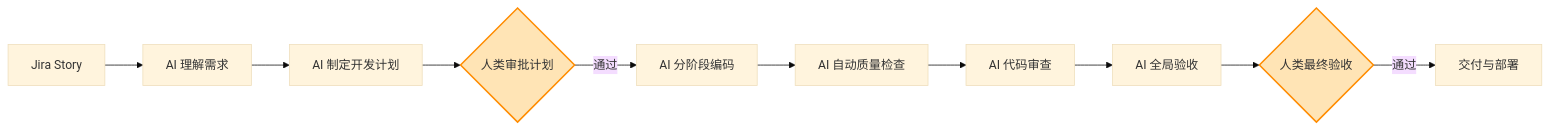
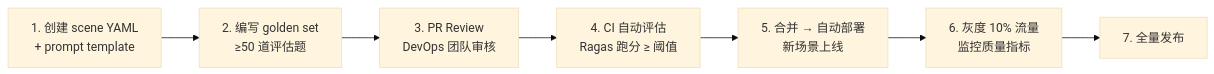
One commit to Adrian6476/docker_image_pusher changed diagram 11 of 15 in README.md. Above: the diagram before and after it, drawn with Mermaid (base theme). The commit also changed other lines of this file, not shown here.

````diff
--- a/README.md
+++ b/README.md
@@ -17,15 +882,9 @@
 ```mermaid
 flowchart LR
-    A[Jira Story] --> B[AI 理解需求]
-    B --> C[AI 制定开发计划]
-    C --> D{人类审批计划}
-    D -- 通过 --> E[AI 分阶段编码]
-    E --> F[AI 自动质量检查]
-    F --> G[AI 代码审查]
-    G --> H[AI 全局验收]
-    H --> I{人类最终验收}
-    I -- 通过 --> J[交付与部署]
-
-    style D fill:#ffe4b5,stroke:#ff8c00,stroke-width:2px
-    style I fill:#ffe4b5,stroke:#ff8c00,stroke-width:2px
+    A[1. 创建 scene YAML<br/>+ prompt template] --> B[2. 编写 golden set<br/>≥50 道评估题]
+    B --> C[3. PR Review<br/>DevOps 团队审核]
+    C --> D[4. CI 自动评估<br/>Ragas 跑分 ≥ 阈值]
+    D --> E[5. 合并 → 自动部署<br/>新场景上线]
+    E --> F[6. 灰度 10% 流量<br/>监控质量指标]
+    F --> G[7. 全量发布]
 ```
````
